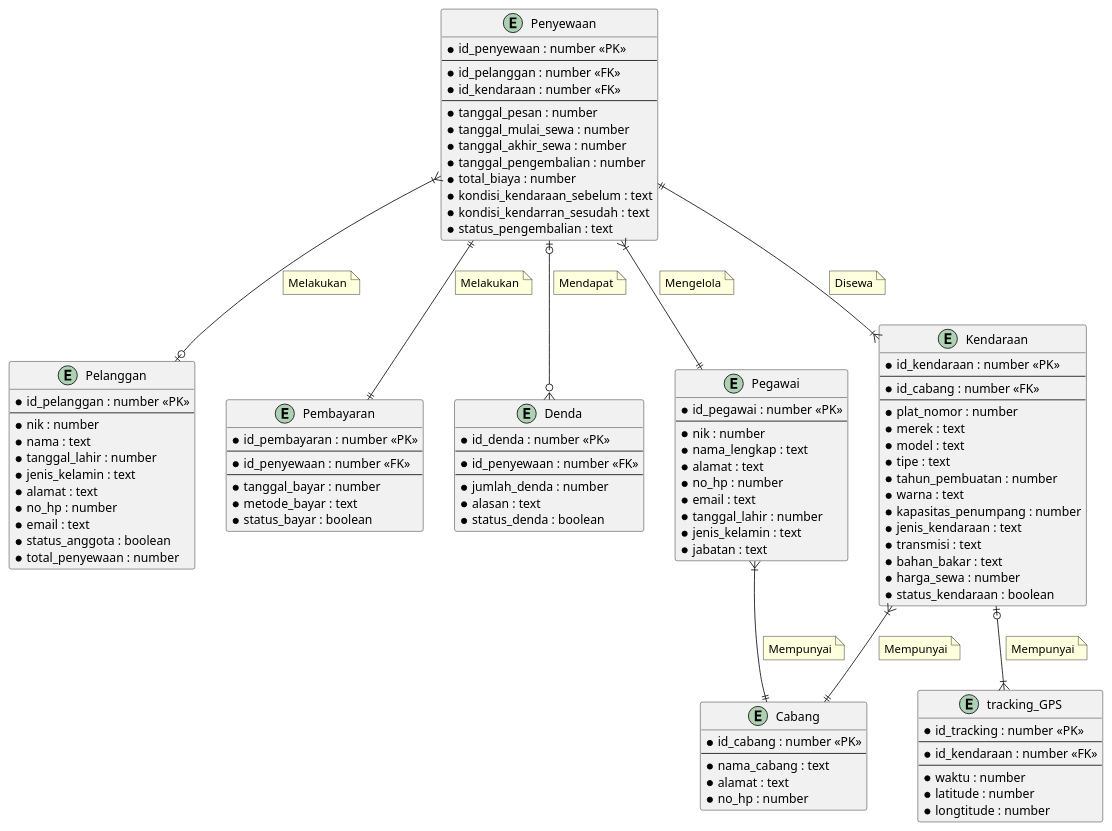
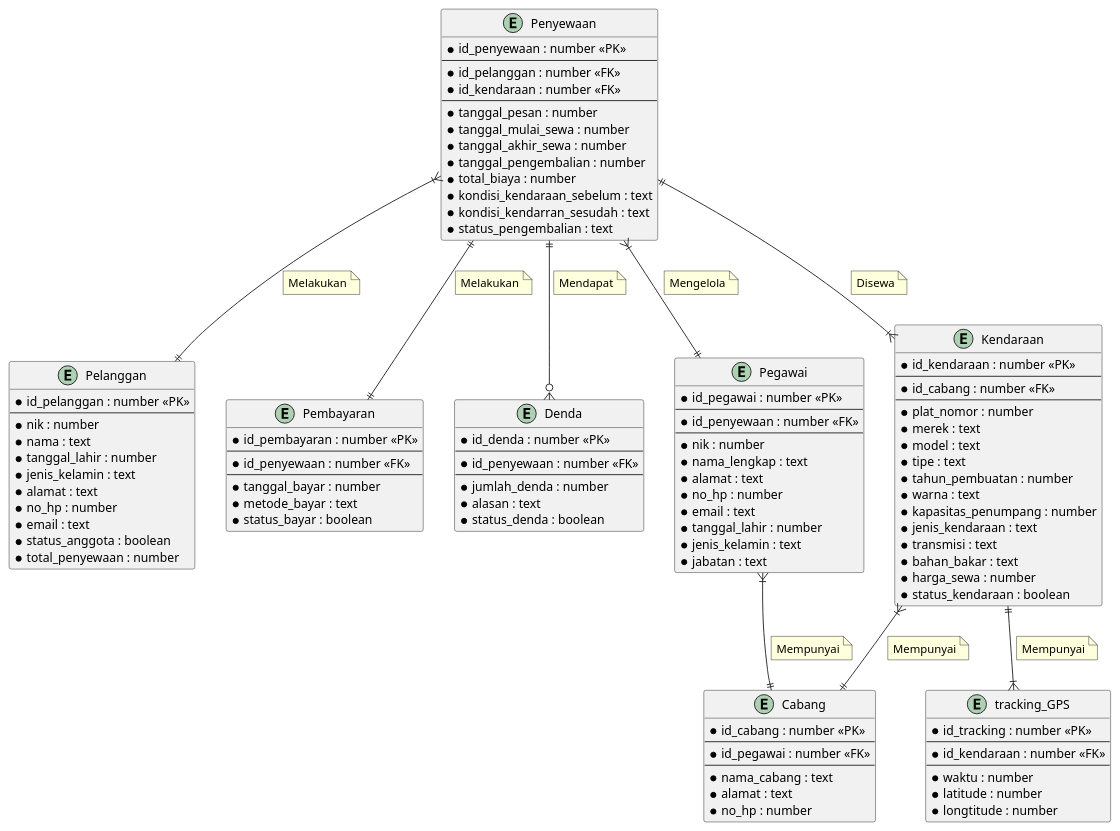
One commit to didanannasai/rental-kendaraan changed the diagram in rental_kendaraan.puml. Above: the diagram before and after it, drawn with PlantUML.

Commit message:
versi 3 rental_kendaraan.puml

```diff
--- a/rental_kendaraan.puml
+++ b/rental_kendaraan.puml
@@ -1,139 +1,143 @@
 @startuml
 
 entity Penyewaan {
     *id_penyewaan : number <<PK>>
     --
     *id_pelanggan : number <<FK>>
     *id_kendaraan : number <<FK>>
     --
     *tanggal_pesan : number
     *tanggal_mulai_sewa : number
     *tanggal_akhir_sewa : number
     *tanggal_pengembalian : number
     *total_biaya : number
     *kondisi_kendaraan_sebelum : text
     *kondisi_kendarran_sesudah : text
     *status_pengembalian : text
 }
 
 entity Pelanggan {
     *id_pelanggan : number <<PK>>
     --
     *nik : number
     *nama : text
     *tanggal_lahir : number
     *jenis_kelamin : text
     *alamat : text
     *no_hp : number
     *email : text
     *status_anggota : boolean
     *total_penyewaan : number
 }
 
 entity Pembayaran {
     *id_pembayaran : number <<PK>>
     --
     *id_penyewaan : number <<FK>>
     --
     *tanggal_bayar : number
     *metode_bayar : text
     *status_bayar : boolean
 }
 
 entity Denda {
     *id_denda : number <<PK>>
     --
     *id_penyewaan : number <<FK>>
     --
     *jumlah_denda : number
     *alasan : text
     *status_denda : boolean
 }
 
 entity Pegawai {
     *id_pegawai : number <<PK>>
     --
+    *id_penyewaan : number <<FK>>
+    --
     *nik : number
     *nama_lengkap : text
     *alamat : text
     *no_hp : number
     *email : text
     *tanggal_lahir : number
     *jenis_kelamin : text
     *jabatan : text
 }
 
 entity Kendaraan {
     *id_kendaraan : number <<PK>>
     --
     *id_cabang : number <<FK>>
     --
     *plat_nomor : number
     *merek : text
     *model : text
     *tipe : text
     *tahun_pembuatan : number
     *warna : text
     *kapasitas_penumpang : number
     *jenis_kendaraan : text
     *transmisi : text
     *bahan_bakar : text
     *harga_sewa : number
     *status_kendaraan : boolean
 }
 
 entity Cabang {
     *id_cabang : number <<PK>>
     --
+    *id_pegawai : number <<FK>>
+    --
     *nama_cabang : text
     *alamat : text
     *no_hp : number
 }
 
 entity tracking_GPS {
     *id_tracking : number <<PK>>
     --
     *id_kendaraan : number <<FK>>
     --
     *waktu : number
     *latitude : number
     *longtitude : number
 }
 
-Penyewaan}|--o|Pelanggan
+Penyewaan }|--|| Pelanggan
 note on link
     Melakukan
 end note
-Penyewaan||--||Pembayaran
+Penyewaan ||--|| Pembayaran
 note on link
     Melakukan
 end note
-Penyewaan|o--o{Denda
+Penyewaan ||--o{ Denda
 note on link
     Mendapat
 end note
-Penyewaan||--|{Kendaraan
+Penyewaan ||--|{ Kendaraan
 note on link
     Disewa
 end note
-Penyewaan}|--||Pegawai
+Penyewaan }|--|| Pegawai
 note on link
     Mengelola
 end note
 
-Kendaraan}|--||Cabang
+Kendaraan }|--|| Cabang
 note on link
     Mempunyai
 end note
-Kendaraan|o--|{tracking_GPS
+Kendaraan ||--|{ tracking_GPS
 note on link
     Mempunyai
 end note
 
-Pegawai}|--||Cabang
+Pegawai }|--|| Cabang
 note on link
     Mempunyai
 end note
 
 
 @enduml
```
